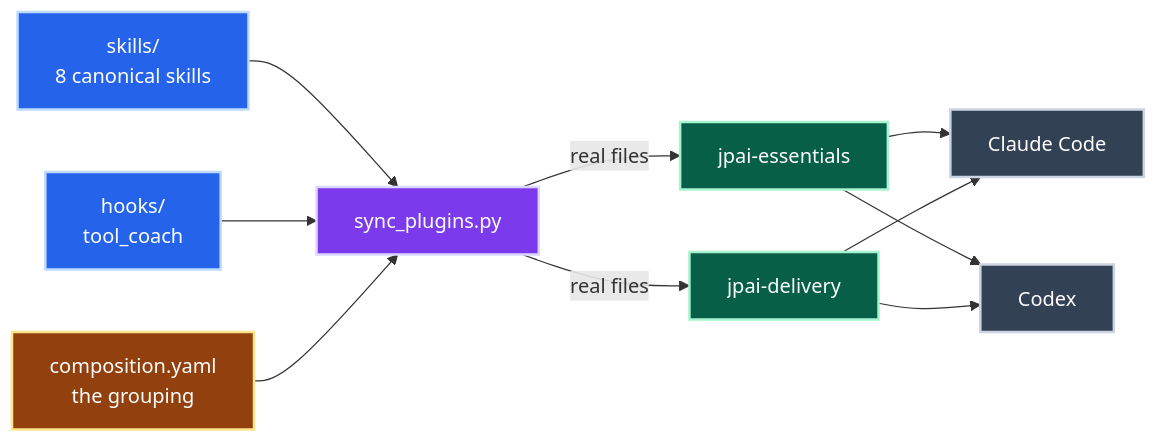
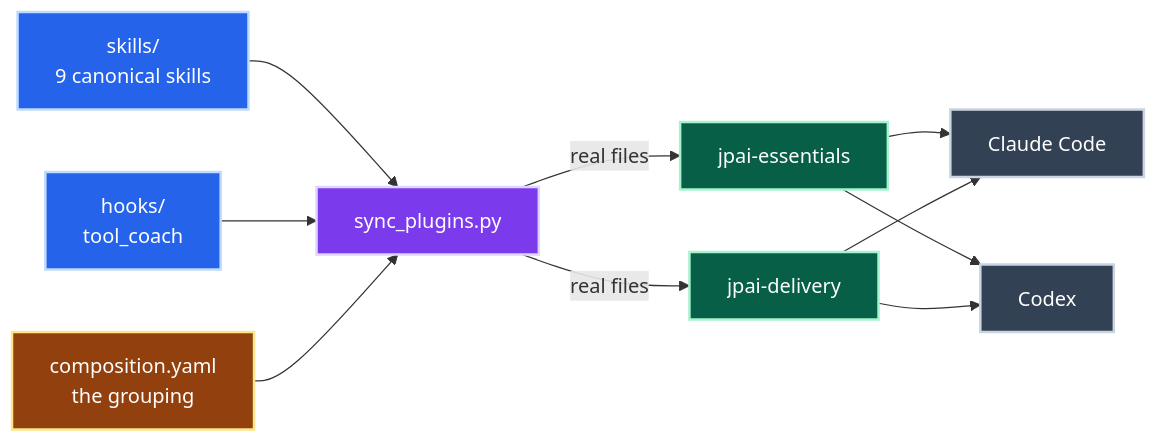
The first of 2 diagrams in README.md (jpeakai/skills), drawn with Mermaid before and after one commit. The commit also changed other lines of this file and 106 other files, not shown here.

````diff
--- a/README.md
+++ b/README.md
@@ -123,27 +124,27 @@
 ```mermaid
 flowchart LR
-    SK["skills/<br/>8 canonical skills"]:::src
+    SK["skills/<br/>9 canonical skills"]:::src
     HK["hooks/<br/>tool_coach"]:::src
     CF["composition.yaml<br/>the grouping"]:::cfg
     SY["sync_plugins.py"]:::proc
     ES["jpai-essentials"]:::pack
     DL["jpai-delivery"]:::pack
     CC["Claude Code"]:::host
     CX["Codex"]:::host
 
     SK --> SY
     HK --> SY
     CF --> SY
     SY -->|real files| ES
     SY -->|real files| DL
     ES --> CC
     ES --> CX
     DL --> CC
     DL --> CX
 
     classDef src   fill:#2563eb,stroke:#bfdbfe,color:#ffffff,stroke-width:2px
     classDef cfg   fill:#92400e,stroke:#fde68a,color:#ffffff,stroke-width:2px
     classDef proc  fill:#7c3aed,stroke:#ddd6fe,color:#ffffff,stroke-width:2px
     classDef pack  fill:#065f46,stroke:#a7f3d0,color:#ffffff,stroke-width:2px
     classDef host  fill:#334155,stroke:#cbd5e1,color:#ffffff,stroke-width:2px
 ```
````
